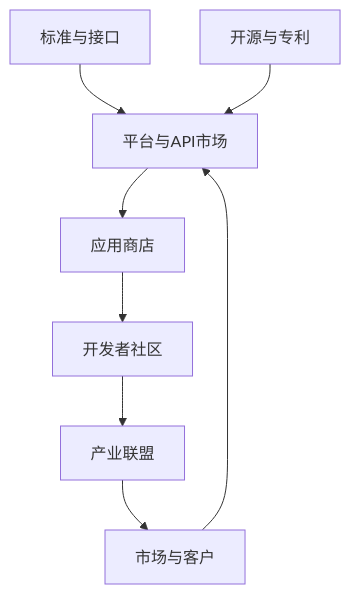
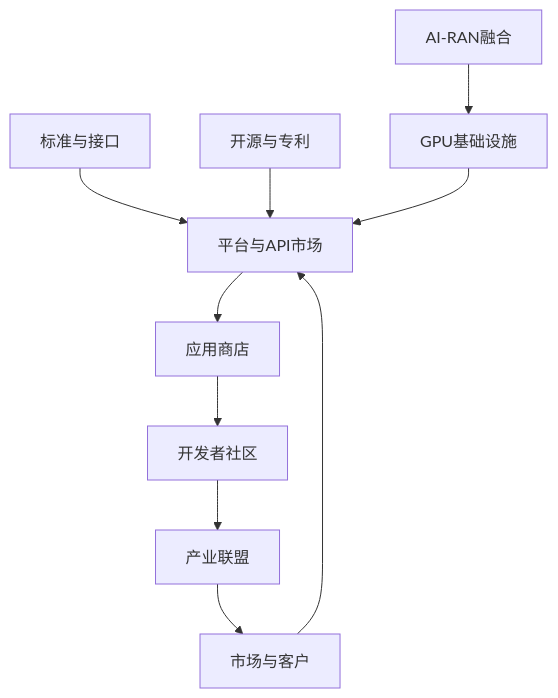
The eighth of 8 diagrams in .qoder/repowiki/zh/content/生态合作/商业模式创新.md (allengaller/oran-database), drawn with Mermaid before and after one commit. The commit also changed other lines of this file and 32 other files, not shown here.

````diff
--- a/.qoder/repowiki/zh/content/生态合作/商业模式创新.md
+++ b/.qoder/repowiki/zh/content/生态合作/商业模式创新.md
@@ -367,10 +434,12 @@
 ```mermaid
 graph TB
 STD["标准与接口"] --> PLAT["平台与API市场"]
 OPEN["开源与专利"] --> PLAT
 PLAT --> APP["应用商店"]
 APP --> DEV["开发者社区"]
 DEV --> ALLIANCE["产业联盟"]
 ALLIANCE --> MARKET["市场与客户"]
 MARKET --> PLAT
+AI["AI-RAN融合"] --> GPUG["GPU基础设施"]
+GPUG --> PLAT
 ```
````
